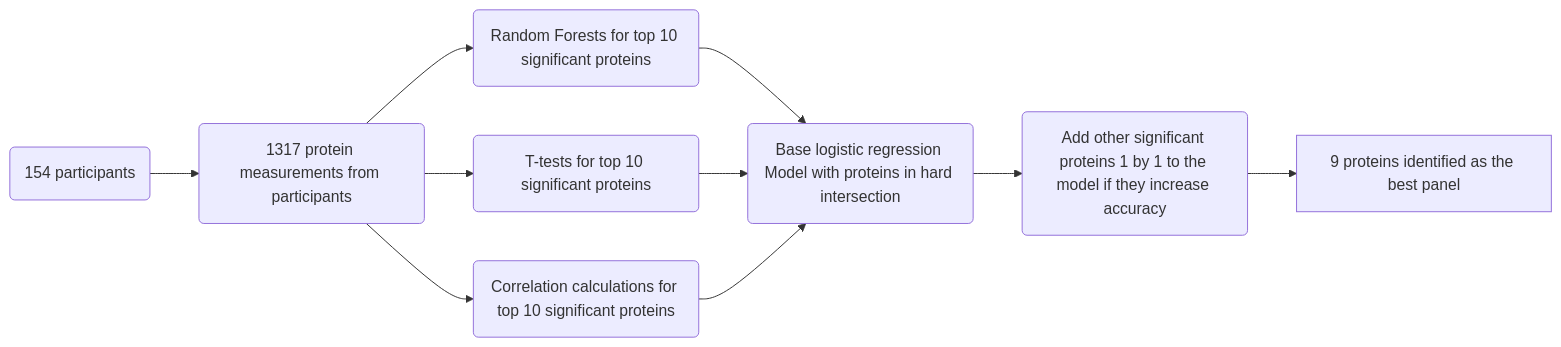
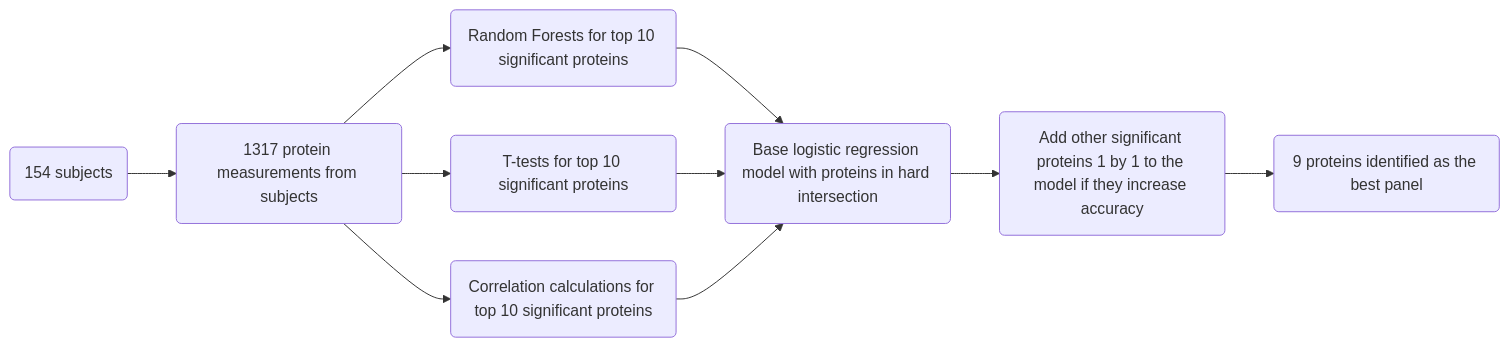
Before and after one commit to pstat-197a-fall2026/module1-biomarker-main-team7: the diagram in results/report.qmd, drawn with Mermaid. The commit also changed other lines of this file and 3 other files, not shown here.

````diff
--- a/results/report.qmd
+++ b/results/report.qmd
@@ -86,10 +86,10 @@
 ```{mermaid}
 flowchart LR
-  A(154 participants) --> B(1317 protein measurements from participants)
+  A(154 subjects) --> B(1317 protein measurements from subjects)
   B --> C(Random Forests for top 10 significant proteins) 
   B --> D(T-tests for top 10 significant proteins)
   B --> E(Correlation calculations for top 10 significant proteins)
-  C & D & E --> F(Base logistic regression Model with proteins in hard intersection)
+  C & D & E --> F(Base logistic regression model with proteins in hard intersection)
   F --> G(Add other significant proteins 1 by 1 to the model if they increase accuracy)
-  G --> H[9 proteins identified as the best panel]
+  G --> H(9 proteins identified as the best panel)
 ```
````
